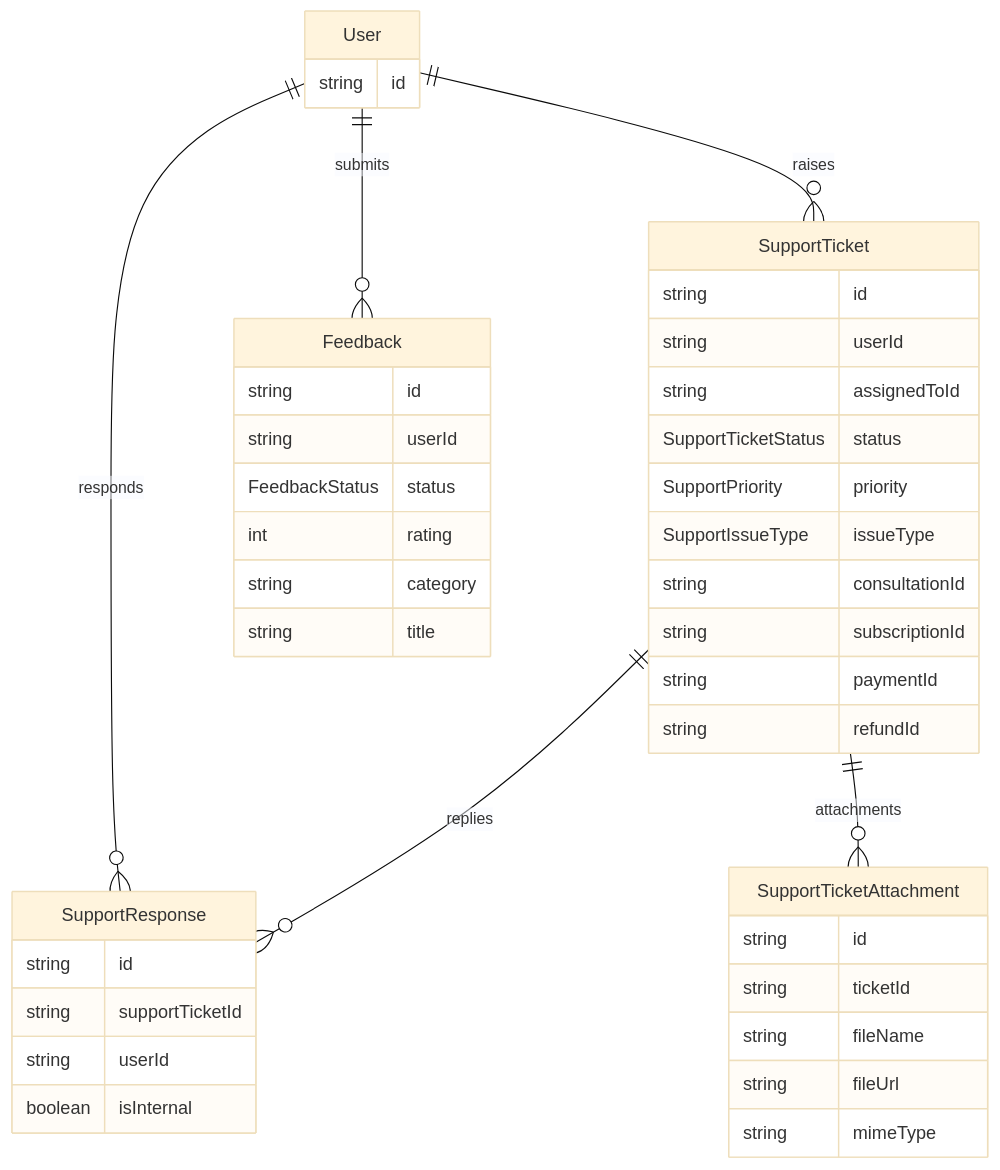
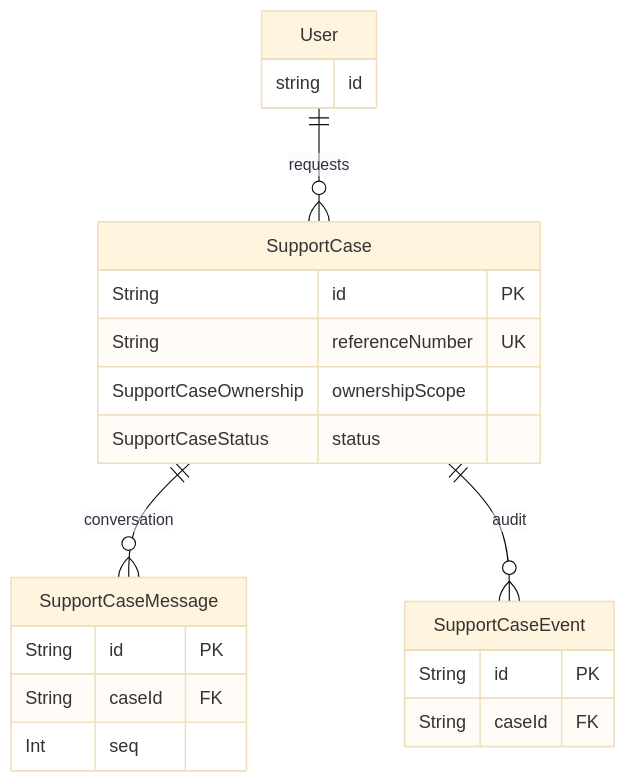
Diagram 22 of 24 in docs/prisma/00-schema-map.md (Practitionist/familiarise_web), drawn with Mermaid (base theme) before and after one commit. The commit also changed other lines of this file and 77 other files, not shown here.

````diff
--- a/docs/prisma/00-schema-map.md
+++ b/docs/prisma/00-schema-map.md
@@ -1675,45 +1675,25 @@
 ```mermaid
 erDiagram
     User {
         string id
     }
-    SupportTicket {
-        string id
-        string userId
-        string assignedToId
-        SupportTicketStatus status
-        SupportPriority priority
-        SupportIssueType issueType
-        string consultationId
-        string subscriptionId
-        string paymentId
-        string refundId
+    SupportCase {
+        String id PK
+        String referenceNumber UK
+        SupportCaseOwnership ownershipScope
+        SupportCaseStatus status
     }
-    SupportResponse {
-        string id
-        string supportTicketId
-        string userId
-        boolean isInternal
+    SupportCaseMessage {
+        String id PK
+        String caseId FK
+        Int seq
     }
-    SupportTicketAttachment {
-        string id
-        string ticketId
-        string fileName
-        string fileUrl
-        string mimeType
+    SupportCaseEvent {
+        String id PK
+        String caseId FK
     }
-    Feedback {
-        string id
-        string userId
-        FeedbackStatus status
-        int rating
-        string category
-        string title
-    }
+    User ||--o{ SupportCase : "requests"
+    SupportCase ||--o{ SupportCaseMessage : "conversation"
+    SupportCase ||--o{ SupportCaseEvent : "audit"
 
-    User ||--o{ SupportTicket : "raises"
-    SupportTicket ||--o{ SupportResponse : "replies"
-    SupportTicket ||--o{ SupportTicketAttachment : "attachments"
-    User ||--o{ SupportResponse : "responds"
-    User ||--o{ Feedback : "submits"
 ```
````
